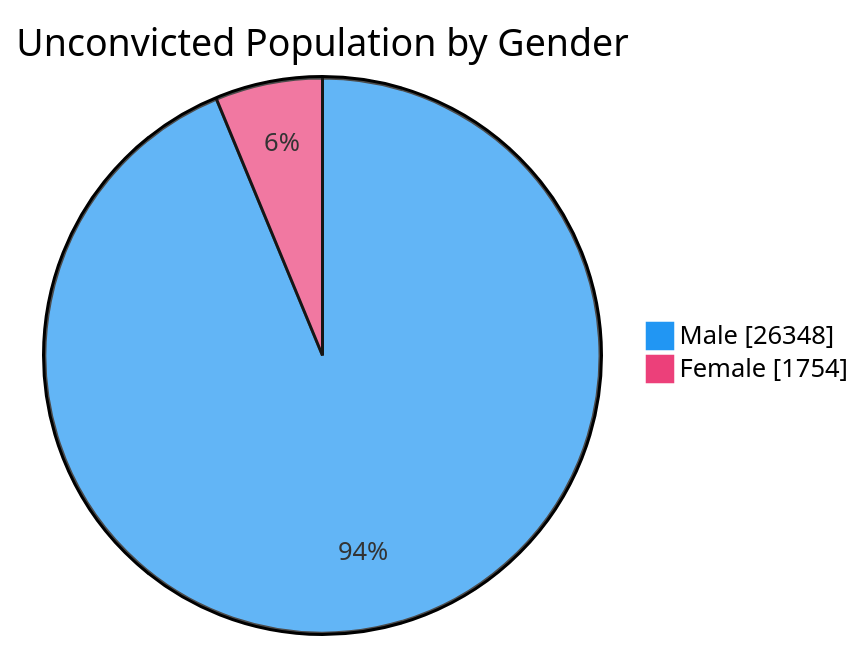
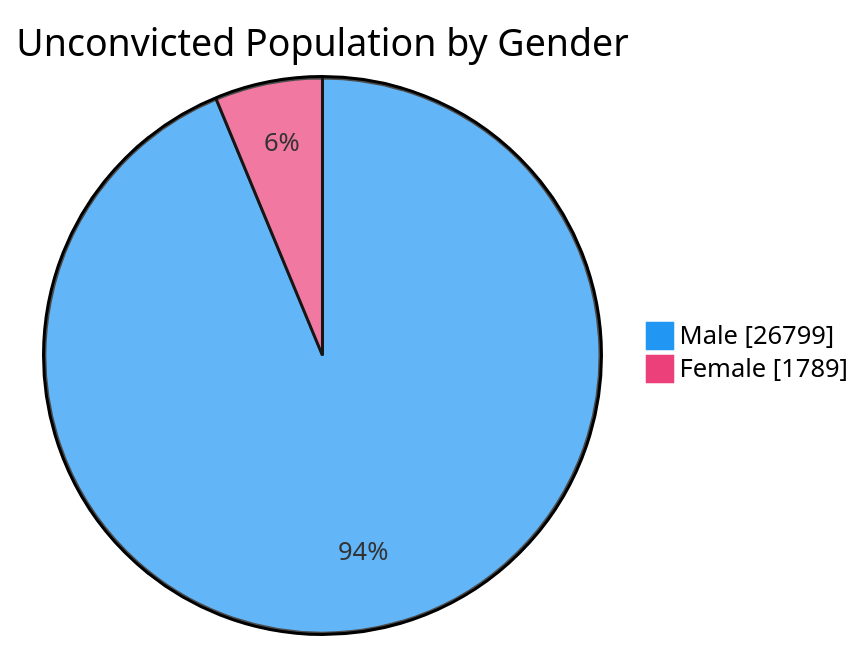
The fourth of 7 diagrams in README.md (nuuuwan/lk_prisons), drawn with Mermaid before and after one commit. The commit also changed other lines of this file and 1 other file, not shown here.

````diff
--- a/README.md
+++ b/README.md
@@ -76,6 +76,6 @@
 ```mermaid
 %%{init: {'themeVariables': {'pie1': '#2196F3', 'pie2': '#EC407A'}}}%%
 pie showData title Unconvicted Population by Gender
-    "Male" : 26348
-    "Female" : 1754
+    "Male" : 26799
+    "Female" : 1789
 ```
````
